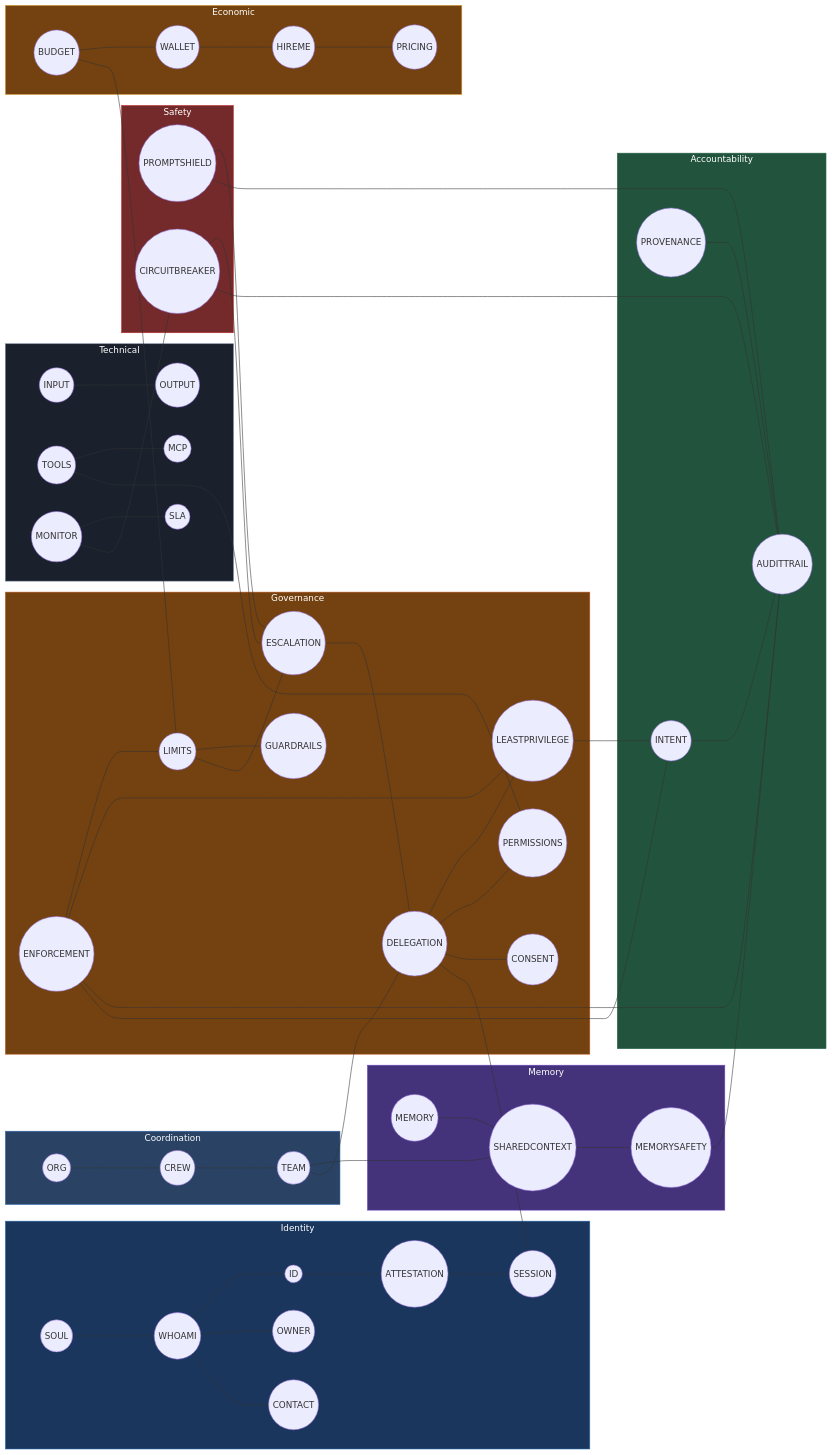
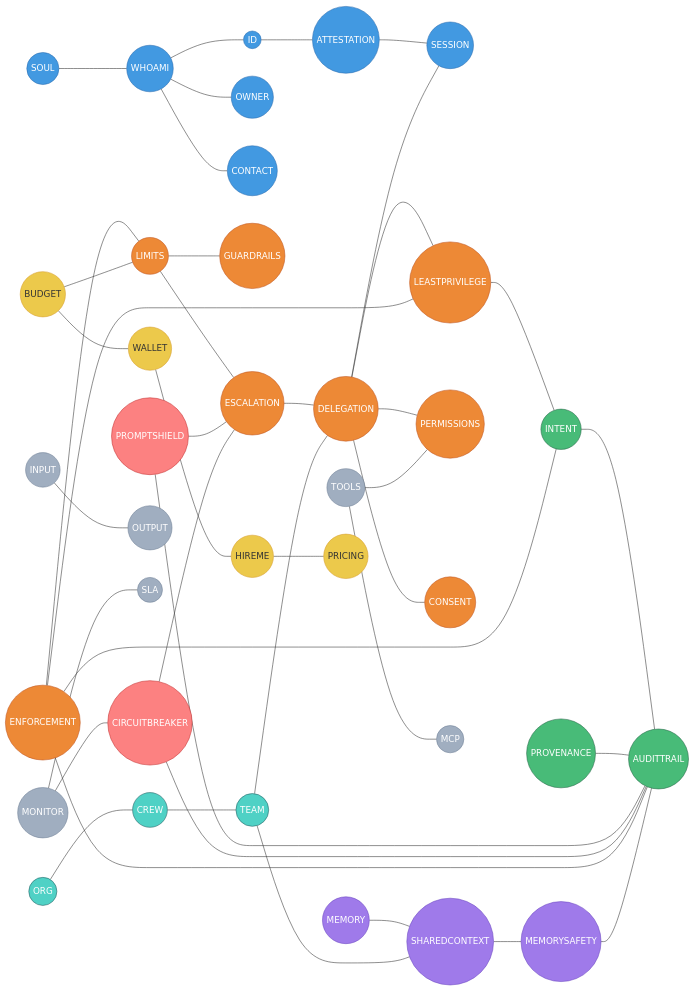
Before and after one commit to totalmarkdown/agent-md-specs: the diagram in README.md, drawn with Mermaid. The commit also changed other lines of this file, not shown here.

Commit message:
fix: pure dot-and-line Mermaid diagram — no boxes, just colored nodes
Removed subgraph boxes. Each spec is a colored circular node, with
colors grouping by category. Lines connect related specs across and
within clusters. Resembles a network/constellation map.

Generated with [Claude Code](https://claude.ai/code)
via [Happy](https://happy.engineering)

````diff
--- a/README.md
+++ b/README.md
@@ -414,56 +414,50 @@
 ```mermaid
 graph LR
-    subgraph Identity
-        SOUL((SOUL)) --- WHOAMI((WHOAMI))
-        WHOAMI --- ID((ID))
-        WHOAMI --- OWNER((OWNER))
-        WHOAMI --- CONTACT((CONTACT))
-        ID --- ATTESTATION((ATTESTATION))
-        ATTESTATION --- SESSION((SESSION))
-    end
+    %% Identity cluster (blue)
+    SOUL((SOUL)) --- WHOAMI((WHOAMI))
+    WHOAMI --- ID((ID))
+    WHOAMI --- OWNER((OWNER))
+    WHOAMI --- CONTACT((CONTACT))
+    ID --- ATTESTATION((ATTESTATION))
+    ATTESTATION --- SESSION((SESSION))
 
-    subgraph Governance
-        DELEGATION((DELEGATION)) --- LEASTPRIVILEGE((LEASTPRIVILEGE))
-        DELEGATION --- PERMISSIONS((PERMISSIONS))
-        DELEGATION --- CONSENT((CONSENT))
-        LIMITS((LIMITS)) --- GUARDRAILS((GUARDRAILS))
-        LIMITS --- ESCALATION((ESCALATION))
-        ESCALATION --- DELEGATION
-        ENFORCEMENT((ENFORCEMENT)) --- LIMITS
-        ENFORCEMENT --- LEASTPRIVILEGE
-    end
+    %% Governance cluster (orange)
+    DELEGATION((DELEGATION)) --- LEASTPRIVILEGE((LEASTPRIVILEGE))
+    DELEGATION --- PERMISSIONS((PERMISSIONS))
+    DELEGATION --- CONSENT((CONSENT))
+    LIMITS((LIMITS)) --- GUARDRAILS((GUARDRAILS))
+    LIMITS --- ESCALATION((ESCALATION))
+    ESCALATION --- DELEGATION
+    ENFORCEMENT((ENFORCEMENT)) --- LIMITS
+    ENFORCEMENT --- LEASTPRIVILEGE
 
-    subgraph Accountability
-        INTENT((INTENT)) --- AUDITTRAIL((AUDITTRAIL))
-        PROVENANCE((PROVENANCE)) --- AUDITTRAIL
-    end
+    %% Accountability cluster (green)
+    INTENT((INTENT)) --- AUDITTRAIL((AUDITTRAIL))
+    PROVENANCE((PROVENANCE)) --- AUDITTRAIL
 
-    subgraph Memory
-        MEMORY((MEMORY)) --- SHAREDCONTEXT((SHAREDCONTEXT))
-        SHAREDCONTEXT --- MEMORYSAFETY((MEMORYSAFETY))
-    end
+    %% Memory cluster (purple)
+    MEMORY((MEMORY)) --- SHAREDCONTEXT((SHAREDCONTEXT))
+    SHAREDCONTEXT --- MEMORYSAFETY((MEMORYSAFETY))
 
-    subgraph Safety
-        PROMPTSHIELD((PROMPTSHIELD))
-        CIRCUITBREAKER((CIRCUITBREAKER))
-    end
+    %% Safety cluster (red)
+    PROMPTSHIELD((PROMPTSHIELD)) --- ESCALATION
+    PROMPTSHIELD --- AUDITTRAIL
+    CIRCUITBREAKER((CIRCUITBREAKER)) --- ESCALATION
+    CIRCUITBREAKER --- AUDITTRAIL
 
-    subgraph Coordination
-        ORG((ORG)) --- CREW((CREW))
-        CREW --- TEAM((TEAM))
-    end
+    %% Coordination cluster (teal)
+    ORG((ORG)) --- CREW((CREW))
+    CREW --- TEAM((TEAM))
 
-    subgraph Technical
-        INPUT((INPUT)) --- OUTPUT((OUTPUT))
-        TOOLS((TOOLS)) --- MCP((MCP))
-        MONITOR((MONITOR)) --- SLA((SLA))
-    end
+    %% Technical cluster (gray)
+    INPUT((INPUT)) --- OUTPUT((OUTPUT))
+    TOOLS((TOOLS)) --- MCP((MCP))
+    MONITOR((MONITOR)) --- SLA((SLA))
 
-    subgraph Economic
-        BUDGET((BUDGET)) --- WALLET((WALLET))
-        WALLET --- HIREME((HIREME))
-        HIREME --- PRICING((PRICING))
-    end
+    %% Economic cluster (gold)
+    BUDGET((BUDGET)) --- WALLET((WALLET))
+    WALLET --- HIREME((HIREME))
+    HIREME --- PRICING((PRICING))
 
     %% Cross-cluster connections
     DELEGATION --- SESSION
@@ -471,22 +465,54 @@
     ENFORCEMENT --- AUDITTRAIL
     ENFORCEMENT --- INTENT
     MEMORYSAFETY --- AUDITTRAIL
-    PROMPTSHIELD --- ESCALATION
-    PROMPTSHIELD --- AUDITTRAIL
-    CIRCUITBREAKER --- ESCALATION
-    CIRCUITBREAKER --- AUDITTRAIL
     TEAM --- SHAREDCONTEXT
     TEAM --- DELEGATION
     TOOLS --- PERMISSIONS
     MONITOR --- CIRCUITBREAKER
     BUDGET --- LIMITS
 
-    style Identity fill:#1a365d,color:#fff,stroke:#2b6cb0
-    style Governance fill:#744210,color:#fff,stroke:#c05621
-    style Accountability fill:#22543d,color:#fff,stroke:#276749
-    style Memory fill:#44337a,color:#fff,stroke:#6b46c1
-    style Safety fill:#742a2a,color:#fff,stroke:#c53030
-    style Coordination fill:#2a4365,color:#fff,stroke:#2b6cb0
-    style Technical fill:#1a202c,color:#fff,stroke:#718096
-    style Economic fill:#744210,color:#fff,stroke:#d69e2e
+    %% Identity (blue)
+    style SOUL fill:#4299e1,color:#fff,stroke:#2b6cb0
+    style WHOAMI fill:#4299e1,color:#fff,stroke:#2b6cb0
+    style ID fill:#4299e1,color:#fff,stroke:#2b6cb0
+    style ATTESTATION fill:#4299e1,color:#fff,stroke:#2b6cb0
+    style SESSION fill:#4299e1,color:#fff,stroke:#2b6cb0
+    style OWNER fill:#4299e1,color:#fff,stroke:#2b6cb0
+    style CONTACT fill:#4299e1,color:#fff,stroke:#2b6cb0
+    %% Governance (orange)
+    style DELEGATION fill:#ed8936,color:#fff,stroke:#c05621
+    style LEASTPRIVILEGE fill:#ed8936,color:#fff,stroke:#c05621
+    style PERMISSIONS fill:#ed8936,color:#fff,stroke:#c05621
+    style CONSENT fill:#ed8936,color:#fff,stroke:#c05621
+    style LIMITS fill:#ed8936,color:#fff,stroke:#c05621
+    style GUARDRAILS fill:#ed8936,color:#fff,stroke:#c05621
+    style ESCALATION fill:#ed8936,color:#fff,stroke:#c05621
+    style ENFORCEMENT fill:#ed8936,color:#fff,stroke:#c05621
+    %% Accountability (green)
+    style INTENT fill:#48bb78,color:#fff,stroke:#276749
+    style AUDITTRAIL fill:#48bb78,color:#fff,stroke:#276749
+    style PROVENANCE fill:#48bb78,color:#fff,stroke:#276749
+    %% Memory (purple)
+    style MEMORY fill:#9f7aea,color:#fff,stroke:#6b46c1
+    style SHAREDCONTEXT fill:#9f7aea,color:#fff,stroke:#6b46c1
+    style MEMORYSAFETY fill:#9f7aea,color:#fff,stroke:#6b46c1
+    %% Safety (red)
+    style PROMPTSHIELD fill:#fc8181,color:#fff,stroke:#c53030
+    style CIRCUITBREAKER fill:#fc8181,color:#fff,stroke:#c53030
+    %% Coordination (teal)
+    style ORG fill:#4fd1c5,color:#fff,stroke:#285e61
+    style CREW fill:#4fd1c5,color:#fff,stroke:#285e61
+    style TEAM fill:#4fd1c5,color:#fff,stroke:#285e61
+    %% Technical (gray)
+    style INPUT fill:#a0aec0,color:#fff,stroke:#718096
+    style OUTPUT fill:#a0aec0,color:#fff,stroke:#718096
+    style TOOLS fill:#a0aec0,color:#fff,stroke:#718096
+    style MCP fill:#a0aec0,color:#fff,stroke:#718096
+    style MONITOR fill:#a0aec0,color:#fff,stroke:#718096
+    style SLA fill:#a0aec0,color:#fff,stroke:#718096
+    %% Economic (gold)
+    style BUDGET fill:#ecc94b,color:#333,stroke:#d69e2e
+    style WALLET fill:#ecc94b,color:#333,stroke:#d69e2e
+    style HIREME fill:#ecc94b,color:#333,stroke:#d69e2e
+    style PRICING fill:#ecc94b,color:#333,stroke:#d69e2e
 ```
````
